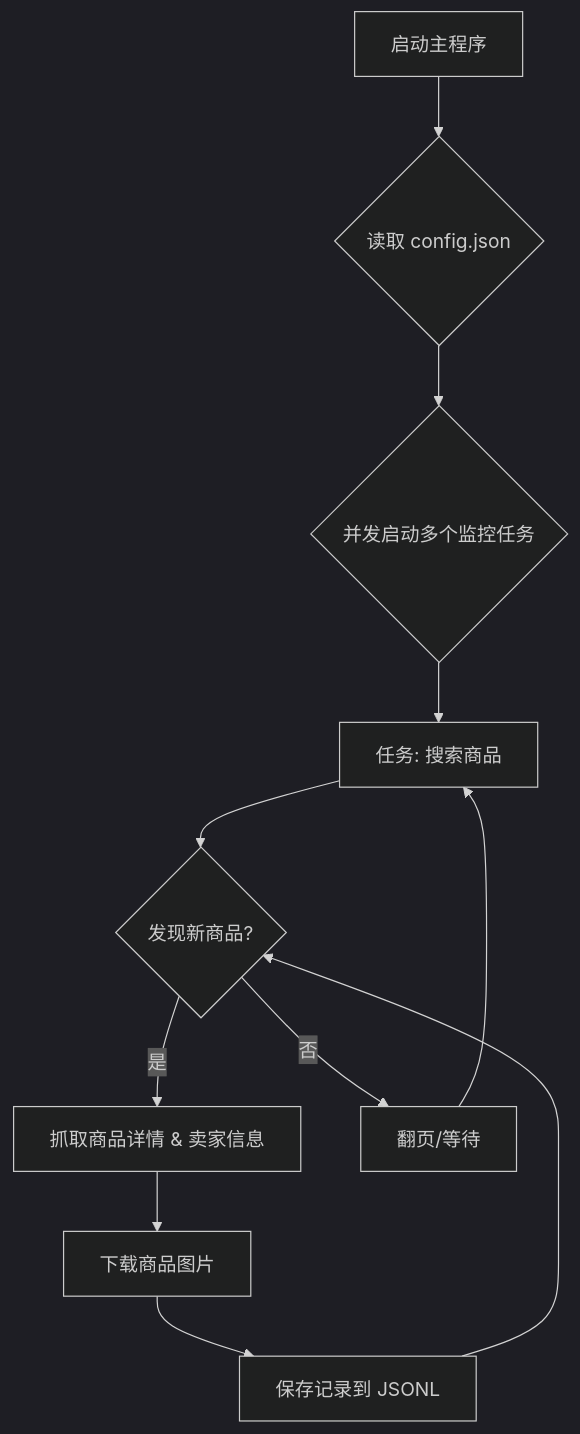
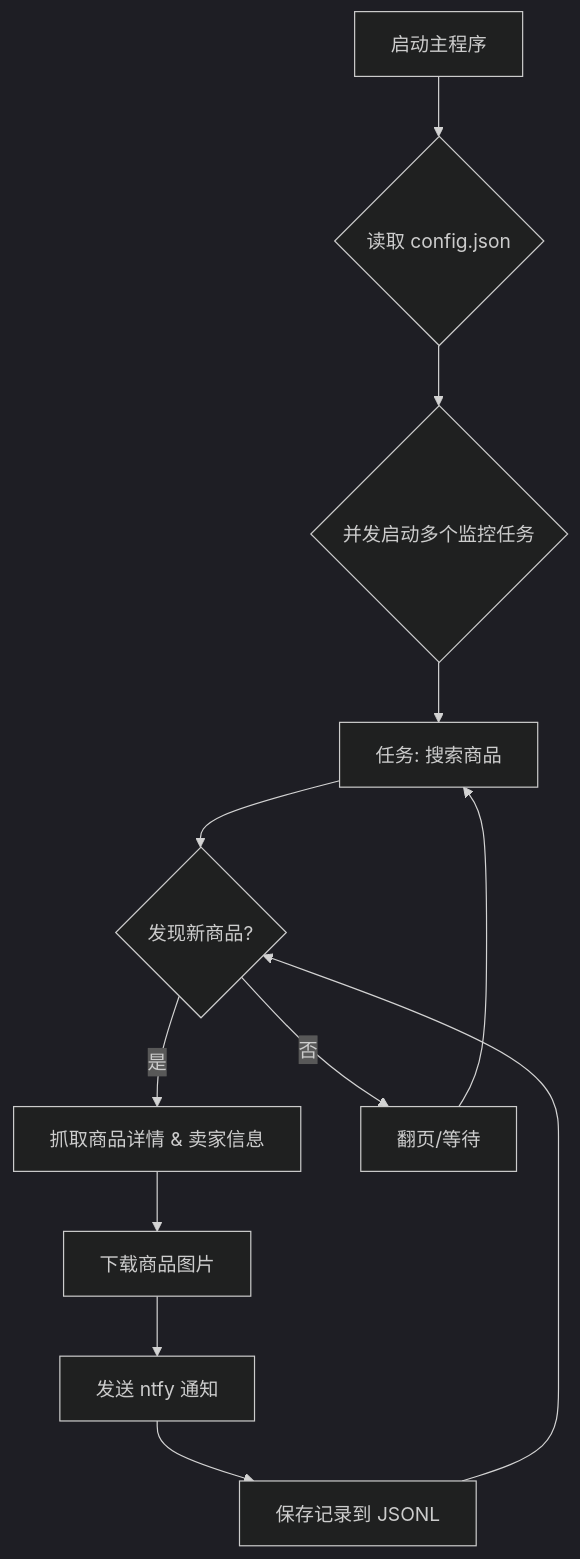
Before and after one commit to yesoooook/ai-goofish-monitor: the diagram in README.md, drawn with Mermaid (dark theme). The commit also changed other lines of this file and 1 other file, not shown here.

````diff
--- a/README.md
+++ b/README.md
@@ -91,13 +109,14 @@
 ```mermaid
 graph TD
     A[启动主程序] --> B{读取 config.json};
     B --> C{并发启动多个监控任务};
     C --> D[任务: 搜索商品];
     D --> E{发现新商品?};
     E -- 是 --> F[抓取商品详情 & 卖家信息];
     F --> G[下载商品图片];
-    G --> K[保存记录到 JSONL];
+    G --> H[发送 ntfy 通知];
+    H --> K[保存记录到 JSONL];
     E -- 否 --> L[翻页/等待];
     L --> D;
     K --> E;
 ```
````
